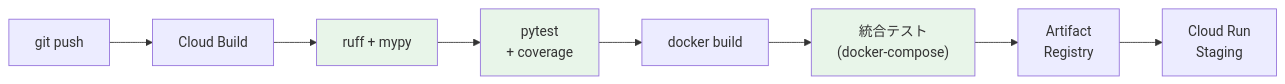
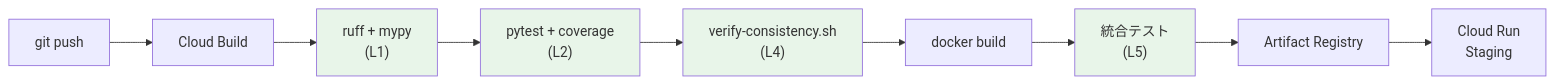
One commit to tyorikan/migration-with-ai changed the second of 2 diagrams in workshop-real/04-quality-and-delivery/README.md. Above: the diagram before and after it, drawn with Mermaid. The commit also changed other lines of this file and 6 other files, not shown here.

````diff
--- a/workshop-real/04-quality-and-delivery/README.md
+++ b/workshop-real/04-quality-and-delivery/README.md
@@ -105,14 +137,16 @@
 ```mermaid
 graph LR
     A["git push"] --> B["Cloud Build"]
-    B --> C["ruff + mypy"]
-    C --> D["pytest<br/>+ coverage"]
-    D --> E["docker build"]
-    E --> F["統合テスト<br/>(docker-compose)"]
-    F --> G["Artifact<br/>Registry"]
-    G --> H["Cloud Run<br/>Staging"]
+    B --> C["ruff + mypy<br/>(L1)"]
+    C --> D["pytest + coverage<br/>(L2)"]
+    D --> E["verify-consistency.sh<br/>(L4)"]
+    E --> F["docker build"]
+    F --> G["統合テスト<br/>(L5)"]
+    G --> H["Artifact Registry"]
+    H --> I["Cloud Run<br/>Staging"]
 
     style C fill:#E8F5E9
     style D fill:#E8F5E9
-    style F fill:#E8F5E9
+    style E fill:#E8F5E9
+    style G fill:#E8F5E9
 ```
````
